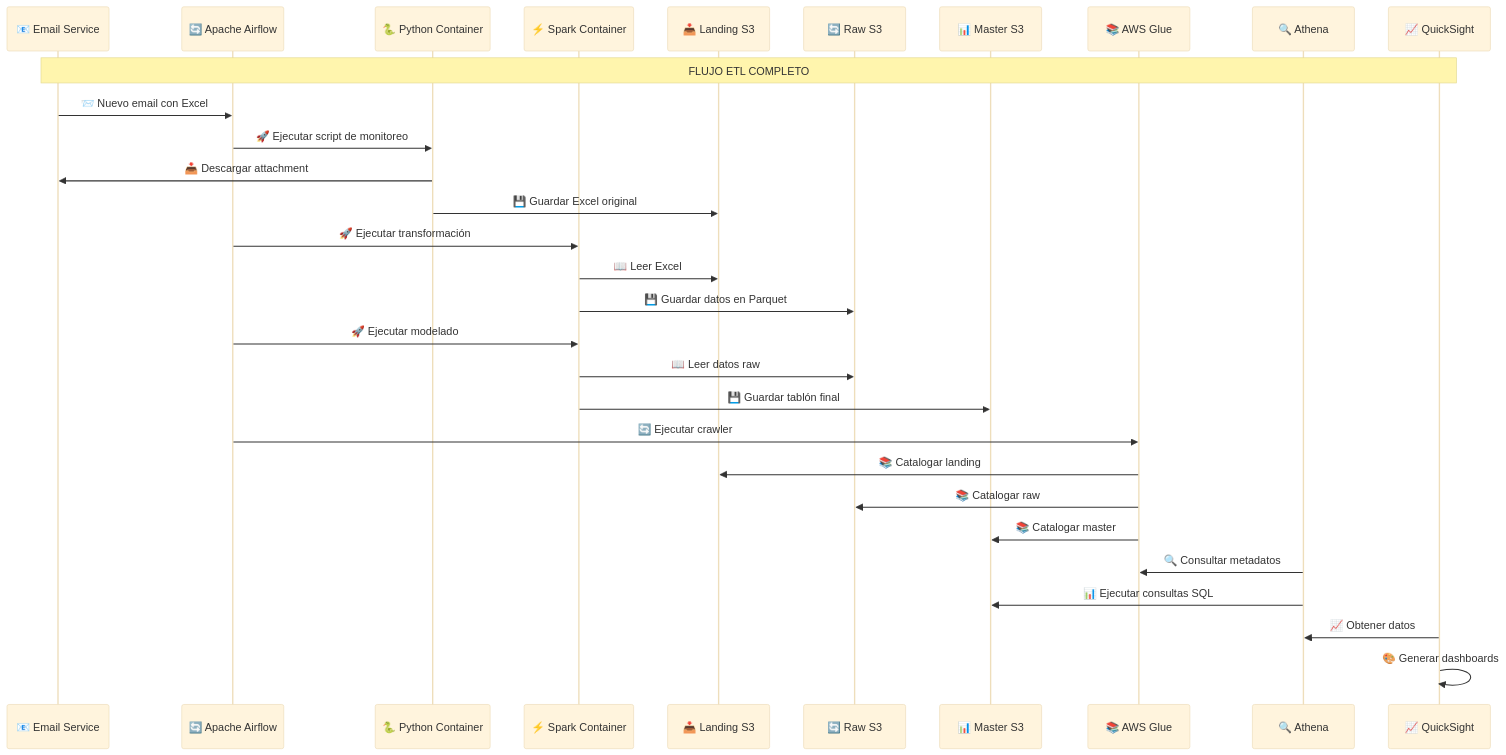
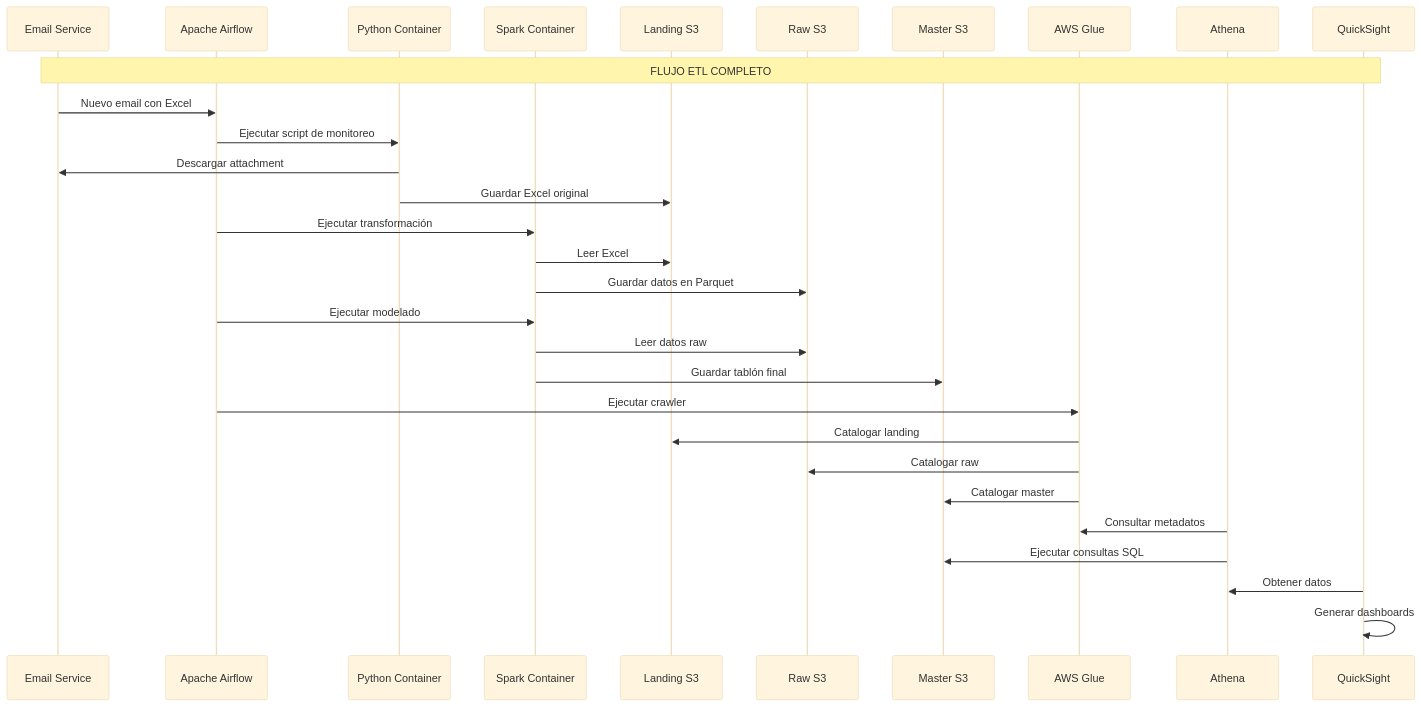
Before and after one commit to arielmmdx/offering: the second of 3 diagrams in README.md, drawn with Mermaid (base theme). The commit also changed other lines of this file and 3 other files, not shown here.

````diff
--- a/README.md
+++ b/README.md
@@ -129,39 +129,39 @@
 ```mermaid
 sequenceDiagram
-    participant Email as 📧 Email Service
-    participant Airflow as 🔄 Apache Airflow
-    participant Python as 🐍 Python Container
-    participant Spark as ⚡ Spark Container
-    participant Landing as 📥 Landing S3
-    participant Raw as 🔄 Raw S3
-    participant Master as 📊 Master S3
-    participant Glue as 📚 AWS Glue
-    participant Athena as 🔍 Athena
-    participant QuickSight as 📈 QuickSight
+    participant Email as Email Service
+    participant Airflow as Apache Airflow
+    participant Python as Python Container
+    participant Spark as Spark Container
+    participant Landing as Landing S3
+    participant Raw as Raw S3
+    participant Master as Master S3
+    participant Glue as AWS Glue
+    participant Athena as Athena
+    participant QuickSight as QuickSight
     
     Note over Email,QuickSight: FLUJO ETL COMPLETO
     
-    Email->>Airflow: 📨 Nuevo email con Excel
-    Airflow->>Python: 🚀 Ejecutar script de monitoreo
-    Python->>Email: 📥 Descargar attachment
-    Python->>Landing: 💾 Guardar Excel original
+    Email->>Airflow: Nuevo email con Excel
+    Airflow->>Python: Ejecutar script de monitoreo
+    Python->>Email: Descargar attachment
+    Python->>Landing: Guardar Excel original
     
-    Airflow->>Spark: 🚀 Ejecutar transformación
-    Spark->>Landing: 📖 Leer Excel
-    Spark->>Raw: 💾 Guardar datos en Parquet
+    Airflow->>Spark: Ejecutar transformación
+    Spark->>Landing: Leer Excel
+    Spark->>Raw: Guardar datos en Parquet
     
-    Airflow->>Spark: 🚀 Ejecutar modelado
-    Spark->>Raw: 📖 Leer datos raw
-    Spark->>Master: 💾 Guardar tablón final
+    Airflow->>Spark: Ejecutar modelado
+    Spark->>Raw: Leer datos raw
+    Spark->>Master: Guardar tablón final
     
-    Airflow->>Glue: 🔄 Ejecutar crawler
-    Glue->>Landing: 📚 Catalogar landing
-    Glue->>Raw: 📚 Catalogar raw
-    Glue->>Master: 📚 Catalogar master
+    Airflow->>Glue: Ejecutar crawler
+    Glue->>Landing: Catalogar landing
+    Glue->>Raw: Catalogar raw
+    Glue->>Master: Catalogar master
     
-    Athena->>Glue: 🔍 Consultar metadatos
-    Athena->>Master: 📊 Ejecutar consultas SQL
+    Athena->>Glue: Consultar metadatos
+    Athena->>Master: Ejecutar consultas SQL
     
-    QuickSight->>Athena: 📈 Obtener datos
-    QuickSight->>QuickSight: 🎨 Generar dashboards
+    QuickSight->>Athena: Obtener datos
+    QuickSight->>QuickSight: Generar dashboards
 ```
````
